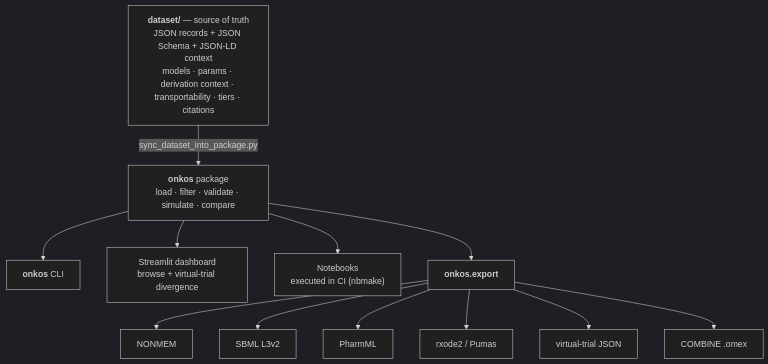
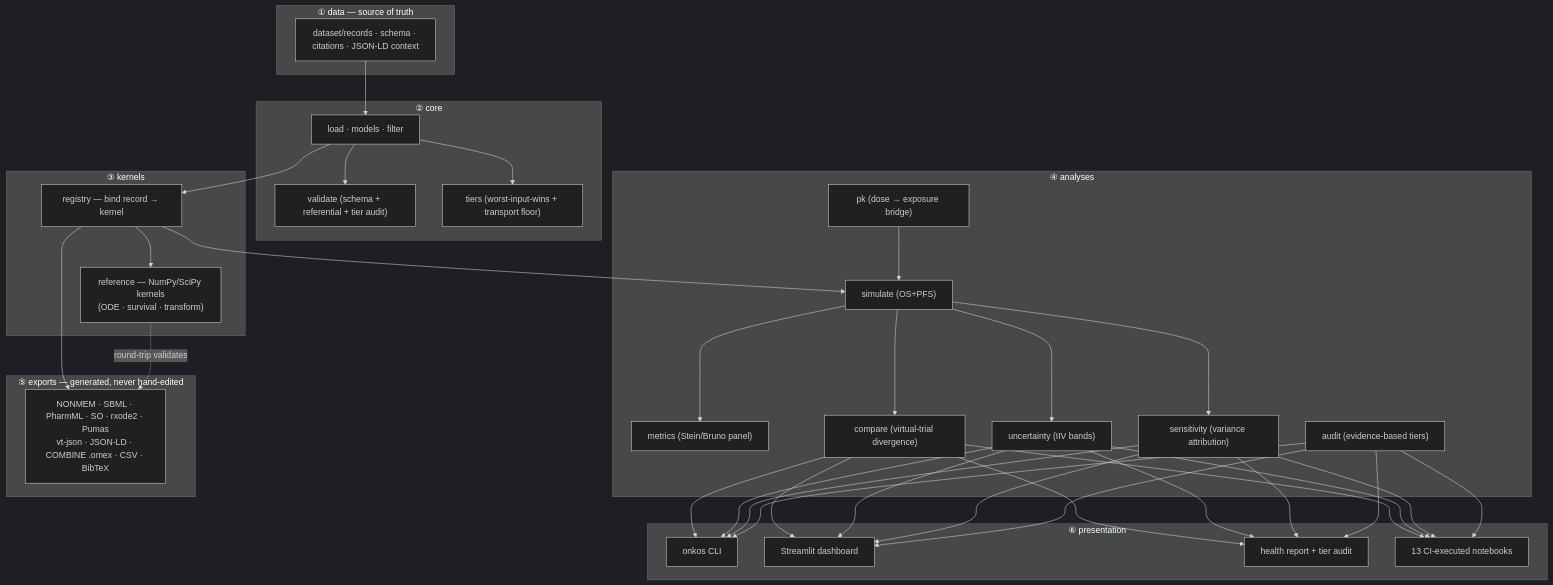
Before and after one commit to clay-good/onkos: the first of 2 diagrams in README.md, drawn with Mermaid (dark theme). The commit also changed other lines of this file and 6 other files, not shown here.

First line of the commit message:
Architecture as a tested contract + refreshed system design (v0.19.0)

````diff
--- a/README.md
+++ b/README.md
@@ -650,15 +653,41 @@
 ```mermaid
 flowchart TD
-    DS["<b>dataset/</b> — source of truth<br/>JSON records + JSON Schema + JSON-LD context<br/>models · params · derivation context · transportability · tiers · citations"]
-    DS -->|sync_dataset_into_package.py| PKG["<b>onkos</b> package<br/>load · filter · validate · simulate · compare"]
-    PKG --> CLI["<b>onkos</b> CLI"]
-    PKG --> DASH["Streamlit dashboard<br/>browse + virtual-trial divergence"]
-    PKG --> NB["Notebooks<br/>executed in CI (nbmake)"]
-    PKG --> EXP["<b>onkos.export</b>"]
-    EXP --> NM["NONMEM"]
-    EXP --> SBML["SBML L3v2"]
-    EXP --> PHARMML["PharmML"]
-    EXP --> RX["rxode2 / Pumas"]
-    EXP --> VT["virtual-trial JSON"]
-    EXP --> OMEX["COMBINE .omex"]
+    subgraph data["① data — source of truth"]
+        DS["dataset/records · schema · citations · JSON-LD context"]
+    end
+    subgraph core["② core"]
+        LOAD["load · models · filter"]
+        VAL["validate (schema + referential + tier audit)"]
+        TIER["tiers (worst-input-wins + transport floor)"]
+    end
+    subgraph kern["③ kernels"]
+        REG["registry — bind record → kernel"]
+        REF["reference — NumPy/SciPy kernels<br/>(ODE · survival · transform)"]
+    end
+    subgraph ana["④ analyses"]
+        SIM["simulate (OS+PFS)"]
+        MET["metrics (Stein/Bruno panel)"]
+        PKM["pk (dose → exposure bridge)"]
+        CMP["compare (virtual-trial divergence)"]
+        UNC["uncertainty (IIV bands)"]
+        SEN["sensitivity (variance attribution)"]
+        AUD["audit (evidence-based tiers)"]
+    end
+    subgraph exp["⑤ exports — generated, never hand-edited"]
+        EXP["NONMEM · SBML · PharmML · SO · rxode2 · Pumas<br/>vt-json · JSON-LD · COMBINE .omex · CSV · BibTeX"]
+    end
+    subgraph pres["⑥ presentation"]
+        CLI["onkos CLI"]
+        DASH["Streamlit dashboard"]
+        REP["health report + tier audit"]
+        NB["13 CI-executed notebooks"]
+    end
+    DS --> LOAD --> REG --> REF
+    LOAD --> VAL & TIER
+    REG --> SIM --> CMP
+    PKM --> SIM
+    SIM --> MET & UNC & SEN
+    CMP & UNC & SEN & AUD --> CLI & DASH & REP & NB
+    REG --> EXP
+    REF -. "round-trip validates" .-> EXP
 ```
````
